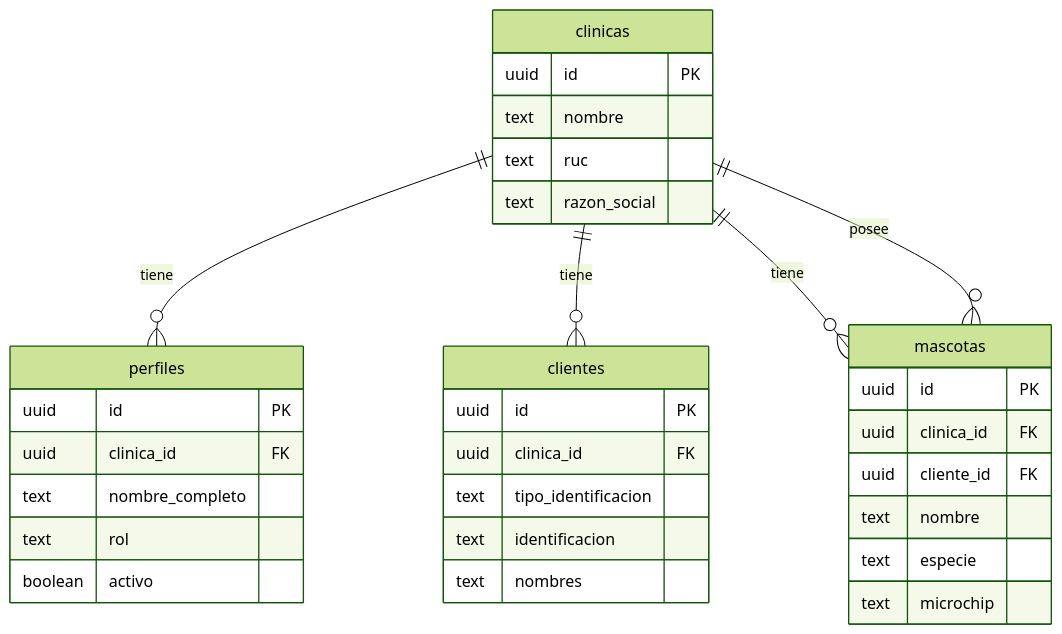
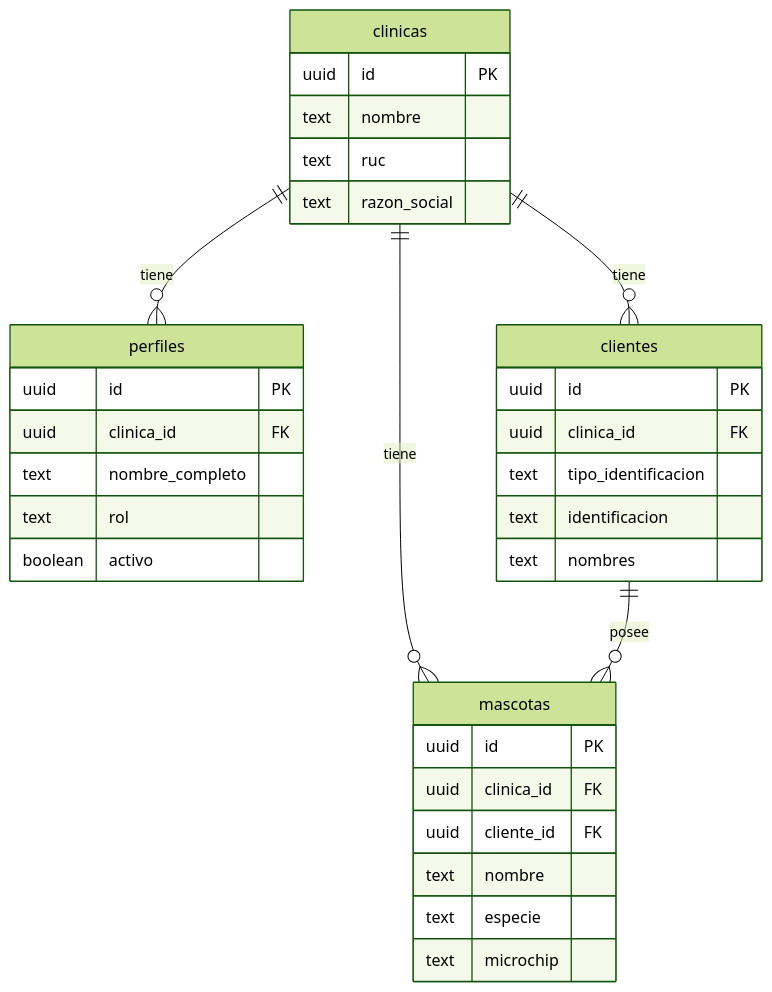
The diagram in docs/modelo-datos.md (vexavet/kingdog), drawn with Mermaid (forest theme) before and after one commit.

Commit message:
correcion del modelo de datos inicial

````diff
--- a/docs/modelo-datos.md
+++ b/docs/modelo-datos.md
@@ -5,36 +5,36 @@
 ```mermaid
 erDiagram
 	clinicas ||--o{ perfiles : tiene
 	clinicas ||--o{ clientes : tiene
 	clinicas ||--o{ mascotas : tiene
-	clinicas ||--o{ mascotas : posee
+	clientes ||--o{ mascotas : posee
 
 	clinicas {
 		uuid id PK
 		text nombre
 		text ruc
 		text razon_social
 	}
 	perfiles {
 		uuid id PK
 		uuid clinica_id FK
 		text nombre_completo
 		text rol
 		boolean activo
 	}
 	clientes {
 		uuid id PK
 		uuid clinica_id FK
 		text tipo_identificacion
 		text identificacion
 		text nombres
 	}
 	mascotas {
 		uuid id PK
 		uuid clinica_id FK
 		uuid cliente_id FK
 		text nombre
 		text especie
 		text microchip
 	}
 ``` 
````
